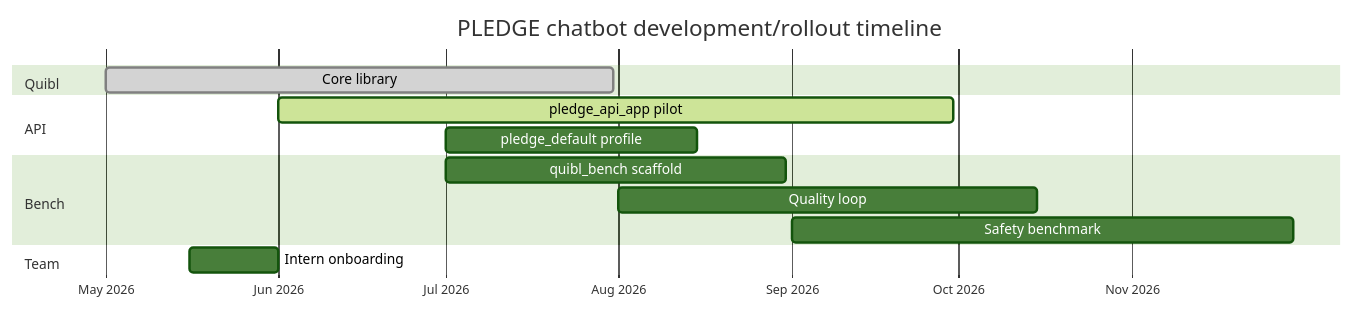
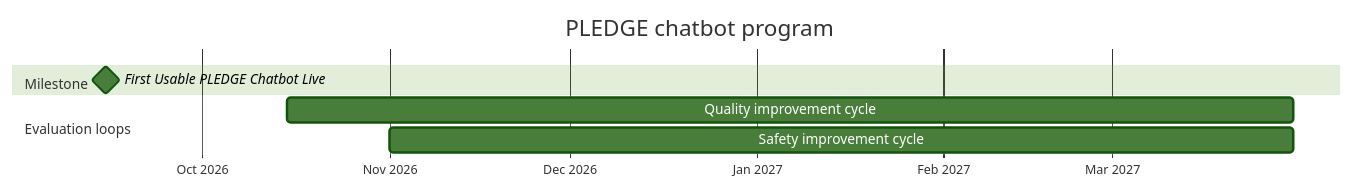
Before and after one commit to nichollsharrisonj/PLEDGE_project_page: the diagram in reference/timeline.md, drawn with Mermaid (forest theme). The commit also changed other lines of this file and 1 other file, not shown here.

Commit message:
timeline

````diff
--- a/reference/timeline.md
+++ b/reference/timeline.md
@@ -11,17 +6,14 @@
 ```mermaid
 gantt
-    title PLEDGE chatbot development/rollout timeline
+    title PLEDGE chatbot program
     dateFormat YYYY-MM-DD
     axisFormat %b %Y
-    section Quibl
-    Core library           :done, q1, 2026-05-01, 2026-07-31
-    section API
-    pledge_api_app pilot   :active, a1, 2026-06-01, 2026-09-30
-    pledge_default profile :a2, 2026-07-01, 2026-08-15
-    section Bench
-    quibl_bench scaffold   :b0, 2026-07-01, 2026-08-31
-    Quality loop           :b1, 2026-08-01, 2026-10-15
-    Safety benchmark       :b2, 2026-09-01, 2026-11-30
-    section Team
-    Intern onboarding      :t1, 2026-05-16, 2026-06-01
+    todayMarker on
+
+    section Milestone
+    First Usable PLEDGE Chatbot Live           :milestone, v0, 2026-09-15, 0d
+
+    section Evaluation loops
+    Quality improvement cycle             :loopq, 2026-10-15, 2027-03-31
+    Safety improvement cycle              :loops, 2026-11-01, 2027-03-31
 ```
````
